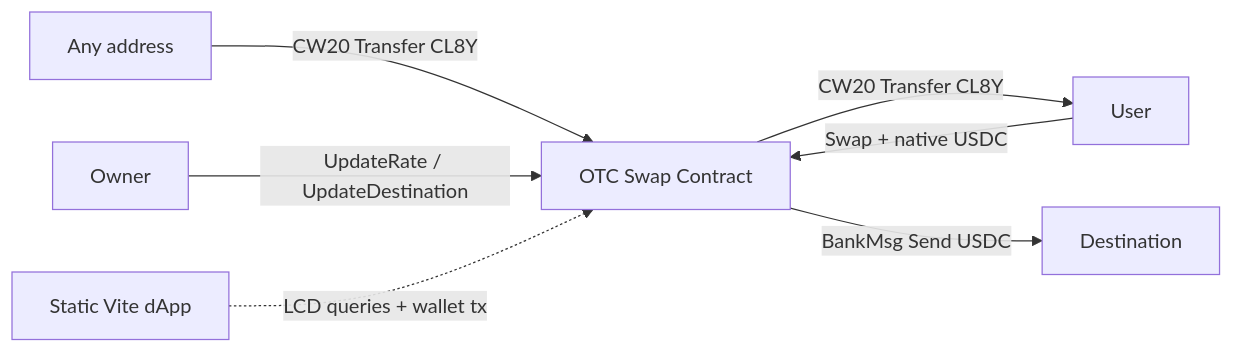
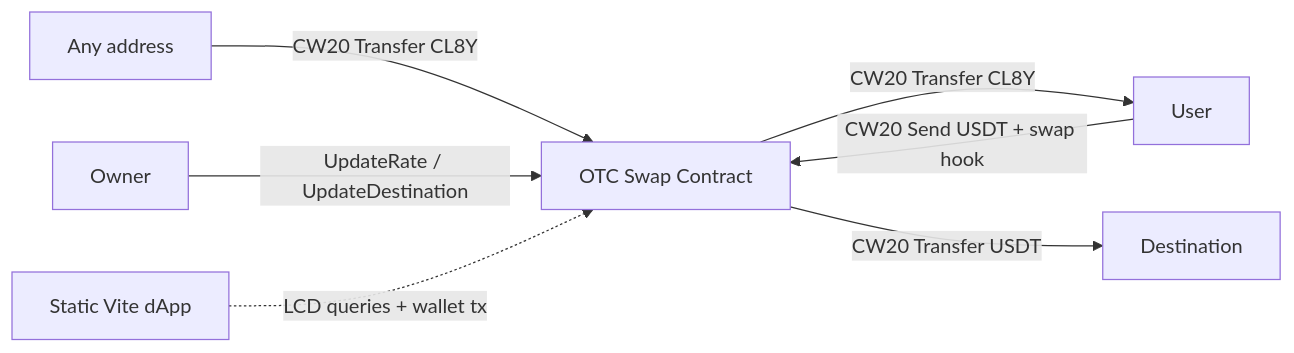
Before and after one commit to PlasticDigits/cl8y-otc-terraclassic: the diagram in docs/README.md, drawn with Mermaid. The commit also changed other lines of this file and 38 other files, not shown here.

````diff
--- a/docs/README.md
+++ b/docs/README.md
@@ -7,9 +7,9 @@
 ```mermaid
 flowchart LR
   depositor[Any address] -->|"CW20 Transfer CL8Y"| contract[OTC Swap Contract]
-  user[User] -->|"Swap + native USDC"| contract
+  user[User] -->|"CW20 Send USDT + swap hook"| contract
   contract -->|"CW20 Transfer CL8Y"| user
-  contract -->|"BankMsg Send USDC"| dest[Destination]
+  contract -->|"CW20 Transfer USDT"| dest[Destination]
   owner[Owner] -->|"UpdateRate / UpdateDestination"| contract
   frontend[Static Vite dApp] -.->|"LCD queries + wallet tx"| contract
 ```
````
